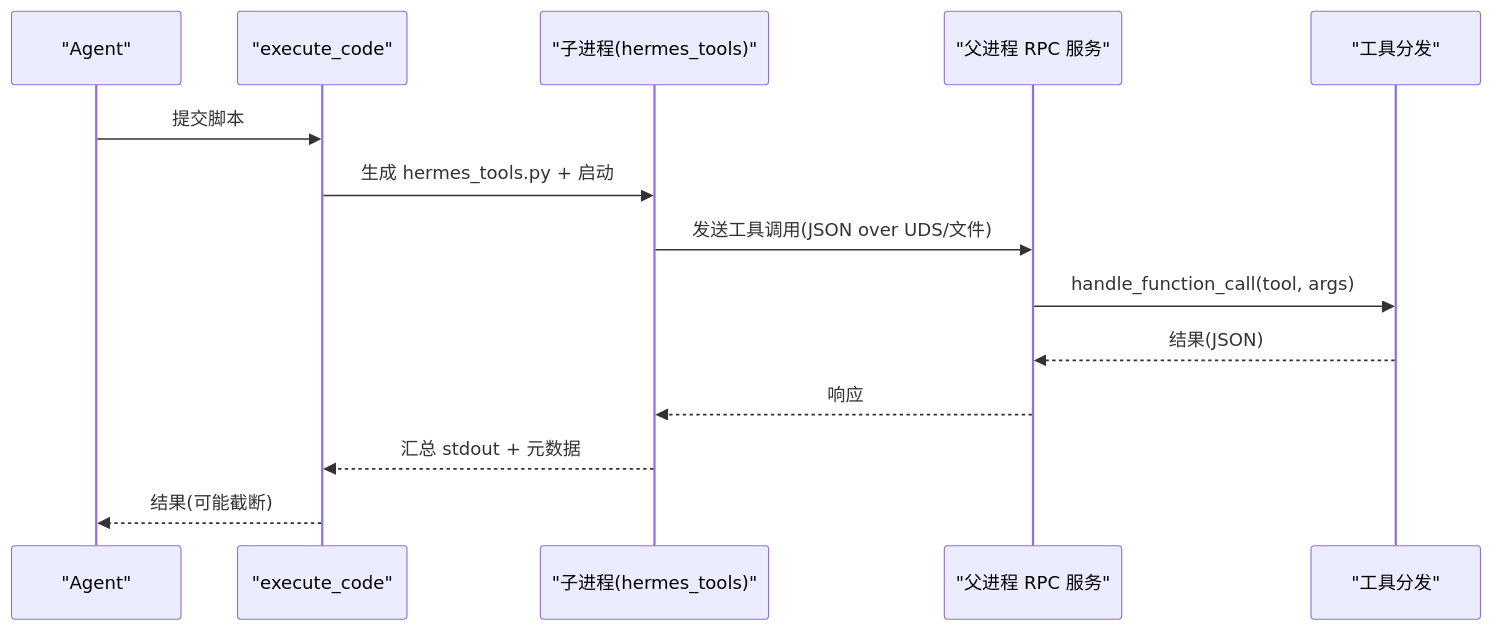
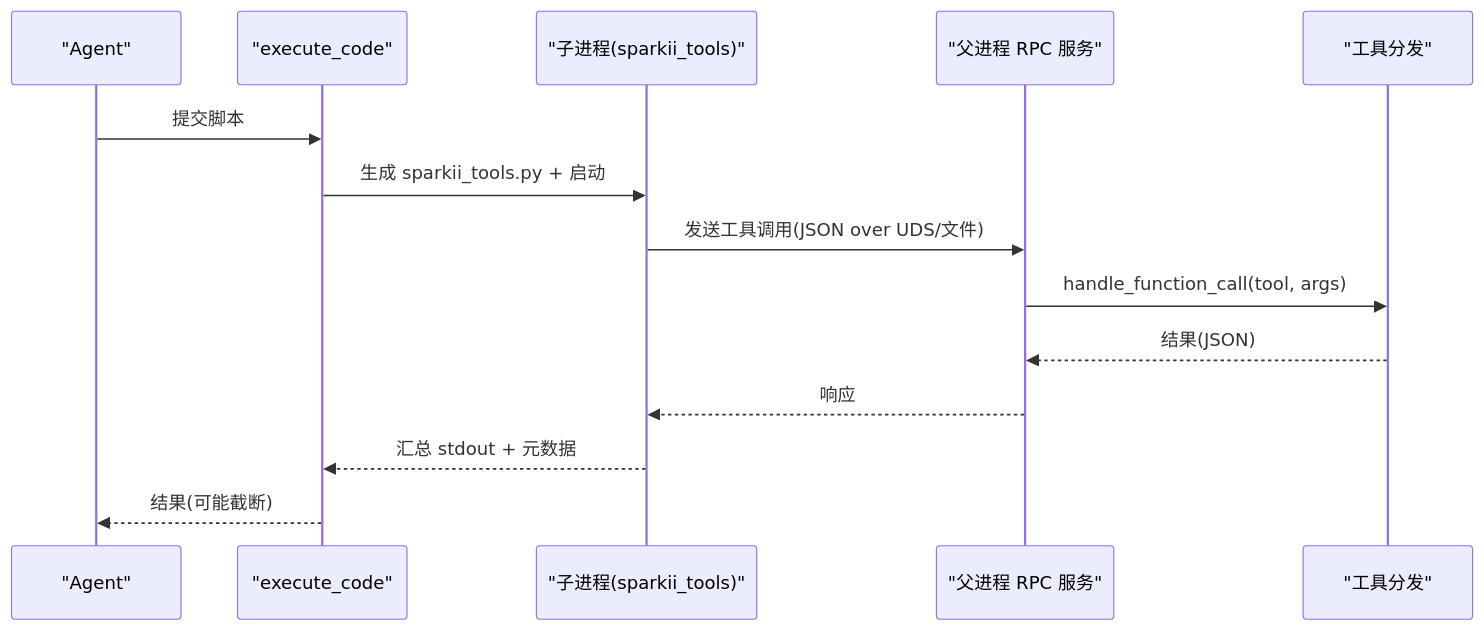
Before and after one commit to YueDJ/SpaikiiDesktop: the fourth of 8 diagrams in .qoder/repowiki/zh/content/项目概述/核心特性/工具生态系统/内置工具集/内置工具集.md, drawn with Mermaid. The commit also changed other lines of this file and 299 other files, not shown here.

````diff
--- a/.qoder/repowiki/zh/content/项目概述/核心特性/工具生态系统/内置工具集/内置工具集.md
+++ b/.qoder/repowiki/zh/content/项目概述/核心特性/工具生态系统/内置工具集/内置工具集.md
@@ -201,16 +201,16 @@
 ```mermaid
 sequenceDiagram
 participant Agent as "Agent"
 participant Exec as "execute_code"
-participant Child as "子进程(hermes_tools)"
+participant Child as "子进程(sparkii_tools)"
 participant Parent as "父进程 RPC 服务"
 participant Tools as "工具分发"
 Agent->>Exec : 提交脚本
-Exec->>Child : 生成 hermes_tools.py + 启动
+Exec->>Child : 生成 sparkii_tools.py + 启动
 Child->>Parent : 发送工具调用(JSON over UDS/文件)
 Parent->>Tools : handle_function_call(tool, args)
 Tools-->>Parent : 结果(JSON)
 Parent-->>Child : 响应
 Child-->>Exec : 汇总 stdout + 元数据
 Exec-->>Agent : 结果(可能截断)
 ```
````
